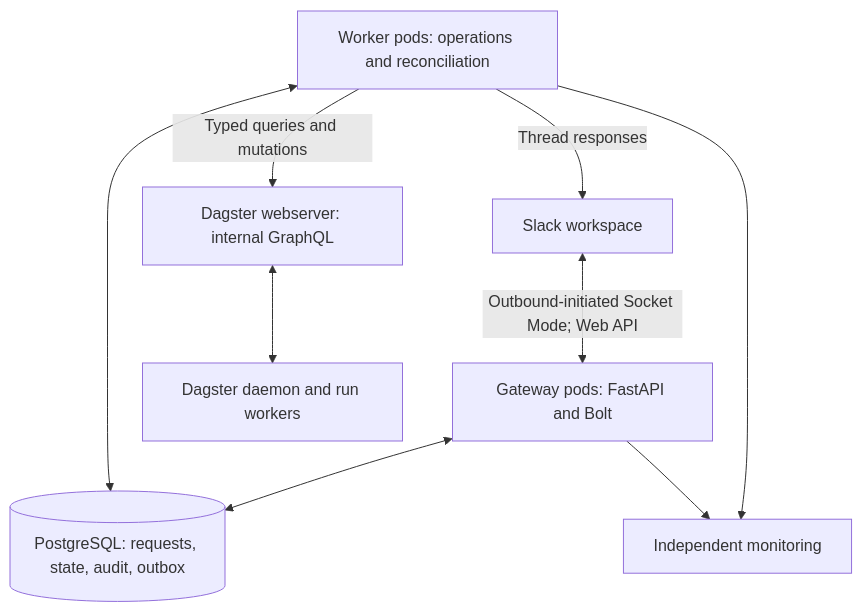
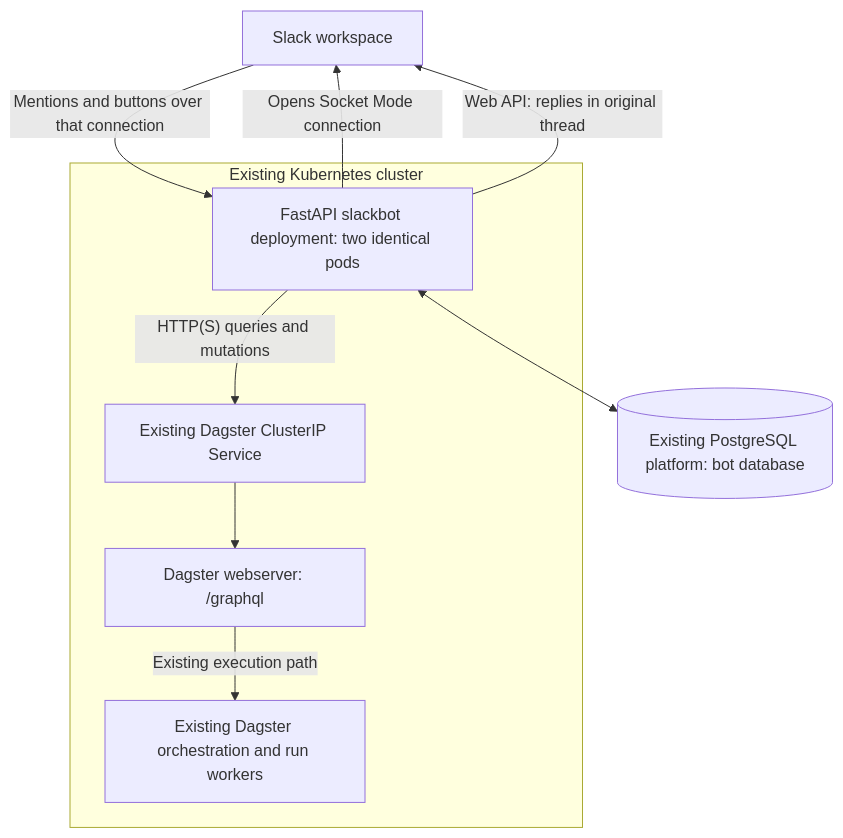
One commit to raiaman15/slackbot changed the first of 4 diagrams in dagster_slackbot_spec.md. Above: the diagram before and after it, drawn with Mermaid. The commit also changed other lines of this file, not shown here.

Commit message:
docs: simplify same-cluster FastAPI to Dagster architecture (v0.3)

````diff
--- a/dagster_slackbot_spec.md
+++ b/dagster_slackbot_spec.md
@@ -202,18 +218,18 @@
 ```mermaid
 flowchart TD
   S["Slack workspace"]
-  G["Gateway pods: FastAPI and Bolt"]
-  P[("PostgreSQL: requests, state, audit, outbox")]
-  W["Worker pods: operations and reconciliation"]
-  D["Dagster webserver: internal GraphQL"]
-  R["Dagster daemon and run workers"]
-  O["Independent monitoring"]
-  S <-->|"Outbound-initiated Socket Mode; Web API"| G
-  G <--> P
-  W <--> P
-  W -->|"Typed queries and mutations"| D
-  D <--> R
-  W -->|"Thread responses"| S
-  G --> O
-  W --> O
+  subgraph K["Existing Kubernetes cluster"]
+    B["FastAPI slackbot deployment: two identical pods"]
+    V["Existing Dagster ClusterIP Service"]
+    D["Dagster webserver: /graphql"]
+    R["Existing Dagster orchestration and run workers"]
+    B -->|"HTTP(S) queries and mutations"| V
+    V --> D
+    D -->|"Existing execution path"| R
+  end
+  P[("Existing PostgreSQL platform: bot database")]
+  B -->|"Opens Socket Mode connection"| S
+  S -->|"Mentions and buttons over that connection"| B
+  B -->|"Web API: replies in original thread"| S
+  B <--> P
 ```
````
